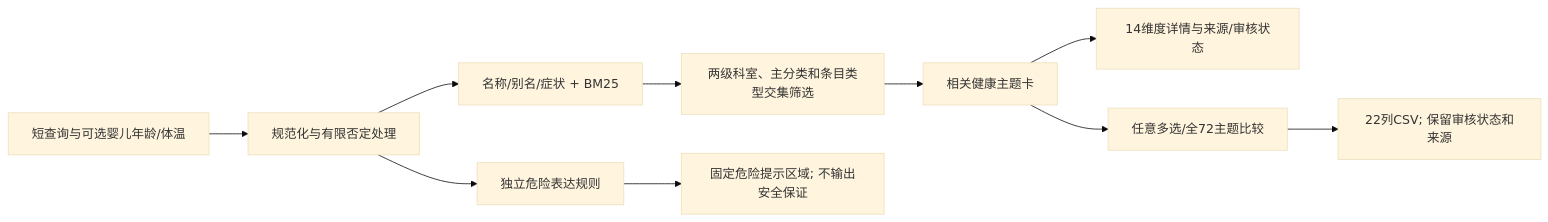
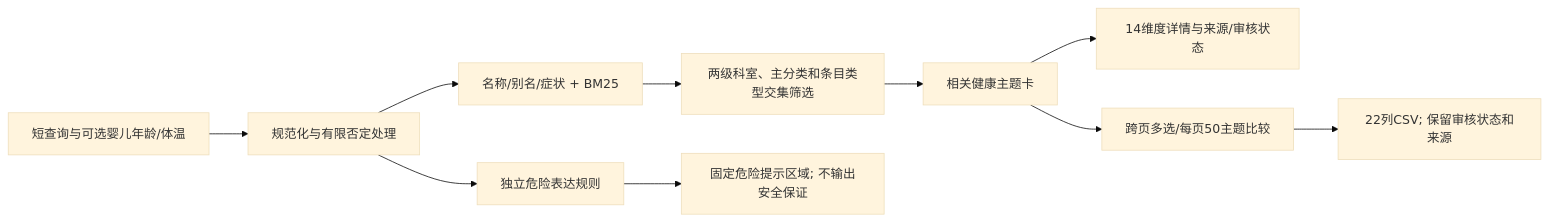
The first of 2 diagrams in docs/architecture.md (StarlightDamian/knowledge-healthcare), drawn with Mermaid (base theme) before and after one commit. The commit also changed other lines of this file and 65 other files, not shown here.

````diff
--- a/docs/architecture.md
+++ b/docs/architecture.md
@@ -7,12 +7,12 @@
 ```mermaid
 flowchart LR
  Q[短查询与可选婴儿年龄/体温] --> N[规范化与有限否定处理]
  N --> S[独立危险表达规则]
  N --> R[名称/别名/症状 + BM25]
  R --> F[两级科室、主分类和条目类型交集筛选]
  S --> A[固定危险提示区域; 不输出安全保证]
  F --> C[相关健康主题卡]
  C --> D[14维度详情与来源/审核状态]
- C --> M[任意多选/全72主题比较]
+ C --> M[跨页多选/每页50主题比较]
  M --> E[22列CSV; 保留审核状态和来源]
 ```
````
